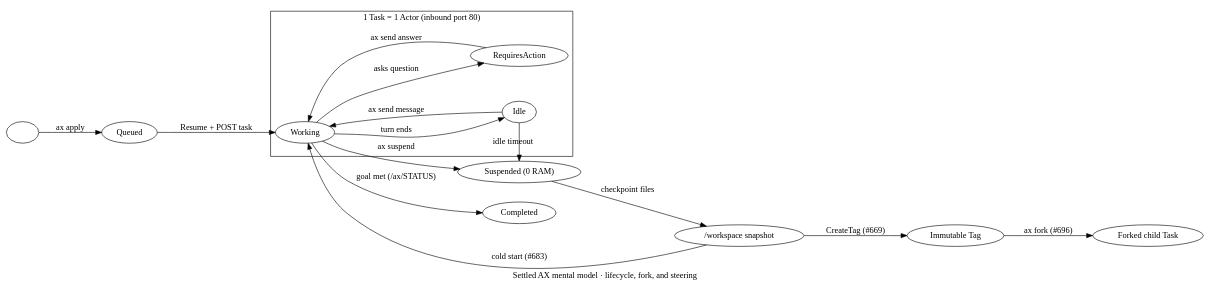
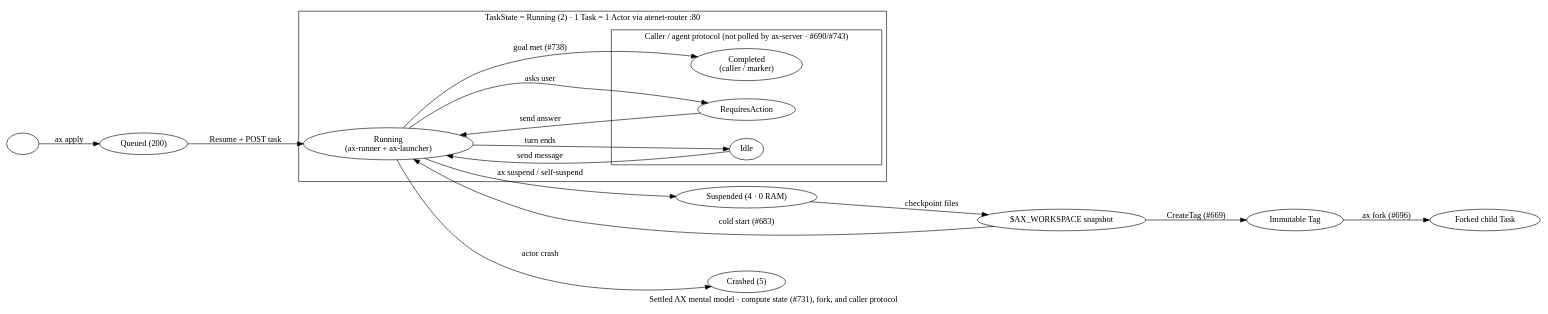
The diagram in concepts/diagrams/03-settled-task-lifecycle.dot (ghchinoy/ax-experiments), drawn with Graphviz before and after one commit. The commit also changed 10 other files, not shown here.

First line of the commit message:
docs(concepts): align lifecycle, docs & diagrams to #731/#730/#700/#734 and #690/#743 (ax-experiments-n8y)

```diff
--- a/concepts/diagrams/03-settled-task-lifecycle.dot
+++ b/concepts/diagrams/03-settled-task-lifecycle.dot
@@ -1,43 +1,49 @@
-// Settled AX task lifecycle (#683 cold-start resume, #688 inbound push,
-// #669/#696 Tag ForkTask branching, and #692 TaskService multi-turn steering).
+// Settled AX task lifecycle (#683 cold-start resume, #688/#700 router-only
+// inbound push, #731 TaskState aligned to Substrate ActorState, #690/#743
+// caller-owned completion, and #669/#696 Tag ForkTask branching).
 digraph settled_task_lifecycle {
-  label = "Settled AX mental model · lifecycle, fork, and steering";
+  label = "Settled AX mental model · compute state (#731), fork, and caller protocol";
   rankdir = LR;
-  ranksep = 0.6;
-  nodesep = 0.45;
+  ranksep = 0.55;
+  nodesep = 0.42;
 
-  start [label="", class="dot"];
-  queued [label="Queued", class="code"];
+  start  [label="", class="dot"];
+  queued [label="Queued (200)", class="code"];
 
   subgraph cluster_active {
-    label = "1 Task = 1 Actor (inbound port 80)";
+    label = "TaskState = Running (2) · 1 Task = 1 Actor via atenet-router :80";
     class = "accent";
-    working [label="Working", class="primary code"];
-    idle    [label="Idle", class="emphasis code"];
-    action  [label="RequiresAction", class="warning code"];
+    running [label="Running\n(ax-runner + ax-launcher)", class="primary code"];
+
+    subgraph cluster_agent {
+      label = "Caller / agent protocol (not polled by ax-server · #690/#743)";
+      idle   [label="Idle", class="emphasis code"];
+      action [label="RequiresAction", class="warning code"];
+      done   [label="Completed\n(caller / marker)", class="positive code"];
+    }
   }
 
-  suspended [label="Suspended (0 RAM)", class="code"];
-  vol       [label="/workspace snapshot", class="store code"];
+  crashed   [label="Crashed (5)", class="error code"];
+  suspended [label="Suspended (4 · 0 RAM)", class="code"];
+  vol       [label="$AX_WORKSPACE snapshot", class="store code"];
   tag       [label="Immutable Tag", class="emphasis code"];
   forked    [label="Forked child Task", class="cat-teal"];
-  done      [label="Completed", class="positive code"];
 
-  start -> queued [label="ax apply"];
-  queued -> working [label="Resume + POST task", class="primary"];
+  start  -> queued  [label="ax apply"];
+  queued -> running [label="Resume + POST task", class="primary"];
 
-  working -> idle      [label="turn ends"];
-  working -> action    [label="asks question", class="warning"];
-  action  -> working   [label="ax send answer", class="primary"];
-  idle    -> working   [label="ax send message", class="primary"];
-  idle    -> suspended [label="idle timeout", class="async"];
-  working -> suspended [label="ax suspend"];
+  running -> idle      [label="turn ends"];
+  running -> action    [label="asks user", class="warning"];
+  action  -> running   [label="send answer", class="primary"];
+  idle    -> running   [label="send message", class="primary"];
+  running -> done      [label="goal met (#738)", class="positive"];
+
+  running -> crashed   [label="actor crash", class="error async"];
+  running -> suspended [label="ax suspend / self-suspend"];
 
   suspended -> vol     [label="checkpoint files"];
-  vol -> working       [label="cold start (#683)", class="positive"];
+  vol -> running       [label="cold start (#683)", class="positive"];
 
   vol -> tag           [label="CreateTag (#669)", class="async"];
   tag -> forked        [label="ax fork (#696)", class="positive"];
-
-  working -> done      [label="goal met (/ax/STATUS)", class="positive"];
 }
```
